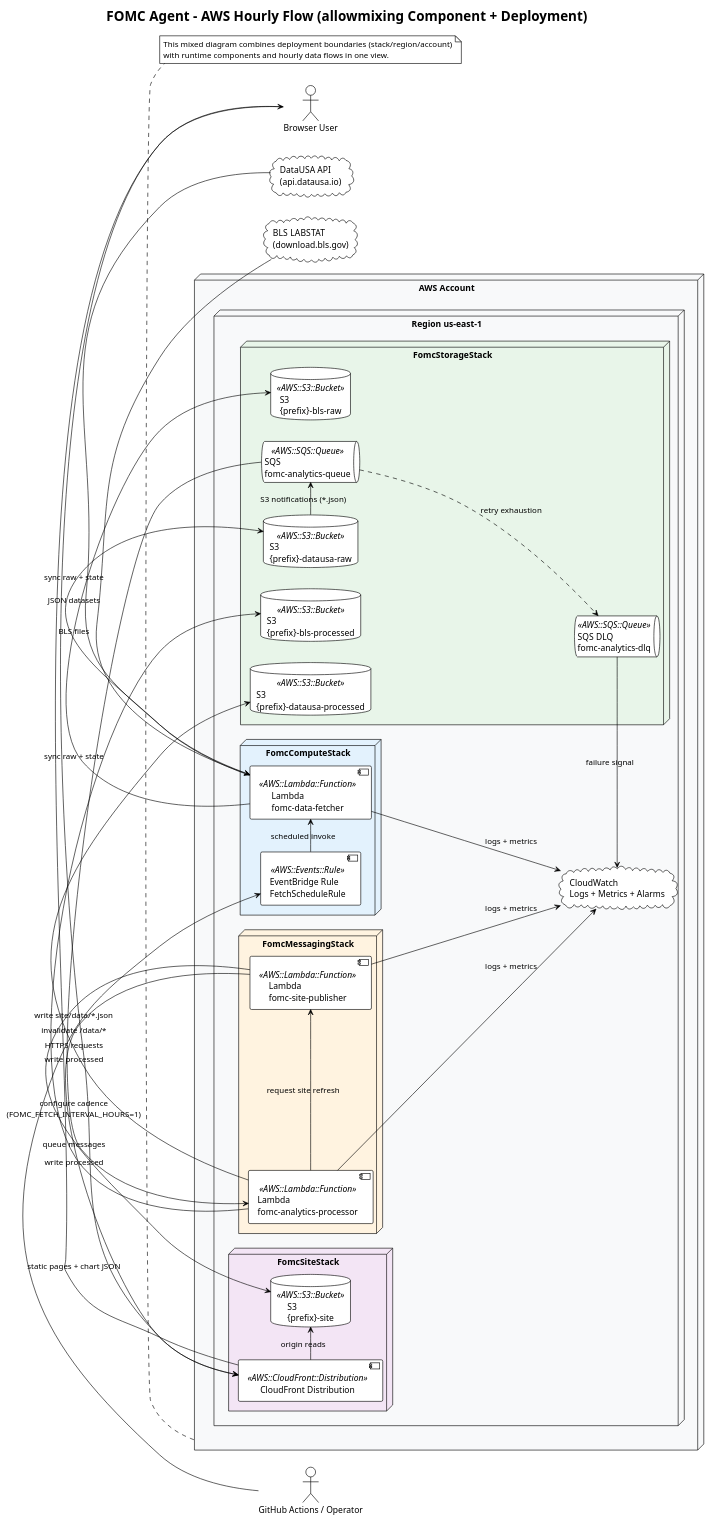
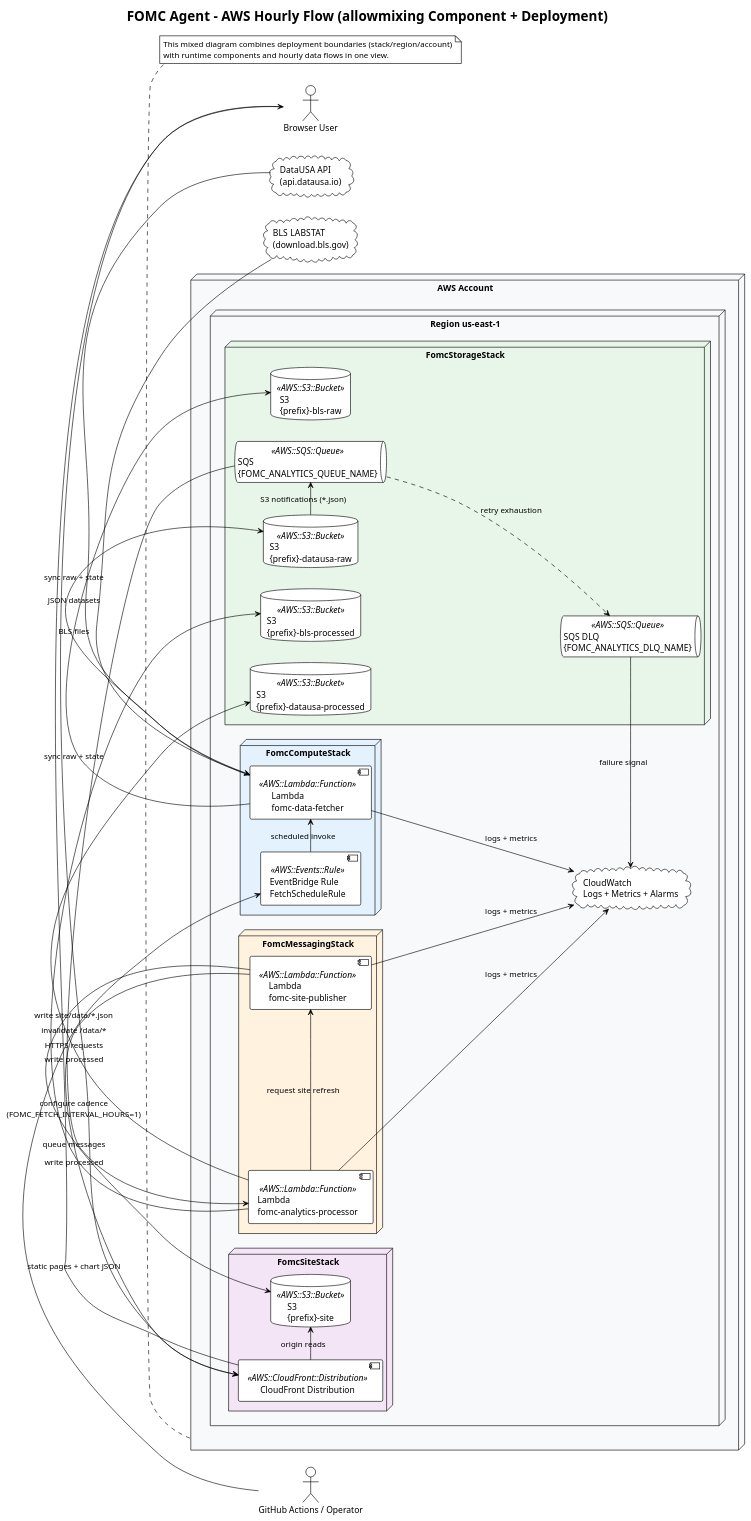
Before and after one commit to TechR10n/fomc-agent: the diagram in site/puml/aws-allowmixing-component-deployment.puml, drawn with PlantUML. The commit also changed 74 other files, not shown here.

```diff
--- a/site/puml/aws-allowmixing-component-deployment.puml
+++ b/site/puml/aws-allowmixing-component-deployment.puml
@@ -1,71 +1,71 @@
 @startuml aws-allowmixing-component-deployment
 !theme plain
 allowmixing
 left to right direction
 skinparam shadowing false
 
 title FOMC Agent - AWS Hourly Flow (allowmixing Component + Deployment)
 
 actor "GitHub Actions / Operator" as operator
 actor "Browser User" as user
 cloud "BLS LABSTAT\n(download.bls.gov)" as bls
 cloud "DataUSA API\n(api.datausa.io)" as datausa
 
 node "AWS Account" as account #F8F9FA {
   node "Region us-east-1" as region #F8F9FA {
     node "FomcComputeStack" as compute #E3F2FD {
       component "EventBridge Rule\nFetchScheduleRule" as eb <<AWS::Events::Rule>>
       component "Lambda\nfomc-data-fetcher" as fetcher <<AWS::Lambda::Function>>
     }
 
     node "FomcStorageStack" as storage #E8F5E9 {
       database "S3\n{prefix}-bls-raw" as bls_raw <<AWS::S3::Bucket>>
       database "S3\n{prefix}-datausa-raw" as datausa_raw <<AWS::S3::Bucket>>
       database "S3\n{prefix}-bls-processed" as bls_processed <<AWS::S3::Bucket>>
       database "S3\n{prefix}-datausa-processed" as datausa_processed <<AWS::S3::Bucket>>
-      queue "SQS\nfomc-analytics-queue" as q <<AWS::SQS::Queue>>
-      queue "SQS DLQ\nfomc-analytics-dlq" as dlq <<AWS::SQS::Queue>>
+      queue "SQS\n{FOMC_ANALYTICS_QUEUE_NAME}" as q <<AWS::SQS::Queue>>
+      queue "SQS DLQ\n{FOMC_ANALYTICS_DLQ_NAME}" as dlq <<AWS::SQS::Queue>>
     }
 
     node "FomcMessagingStack" as messaging #FFF3E0 {
       component "Lambda\nfomc-analytics-processor" as analytics <<AWS::Lambda::Function>>
       component "Lambda\nfomc-site-publisher" as publisher <<AWS::Lambda::Function>>
     }
 
     node "FomcSiteStack" as site #F3E5F5 {
       database "S3\n{prefix}-site" as site_bucket <<AWS::S3::Bucket>>
       component "CloudFront Distribution" as cf <<AWS::CloudFront::Distribution>>
     }
 
     cloud "CloudWatch\nLogs + Metrics + Alarms" as cw
   }
 }
 
 operator -> eb : configure cadence\n(FOMC_FETCH_INTERVAL_HOURS=1)
 eb -> fetcher : scheduled invoke
 bls -> fetcher : BLS files
 datausa -> fetcher : JSON datasets
 fetcher -> bls_raw : sync raw + state
 fetcher -> datausa_raw : sync raw + state
 datausa_raw -> q : S3 notifications (*.json)
 q --> analytics : queue messages
 analytics -> bls_processed : write processed
 analytics -> datausa_processed : write processed
 analytics -> publisher : request site refresh
 publisher -> site_bucket : write site/data/*.json
 publisher -> cf : invalidate /data/*
 q -[dashed]-> dlq : retry exhaustion
 fetcher -> cw : logs + metrics
 analytics -> cw : logs + metrics
 publisher -> cw : logs + metrics
 dlq -> cw : failure signal
 user -> cf : HTTPS requests
 cf -> site_bucket : origin reads
 cf --> user : static pages + chart JSON
 
 note bottom of account
   This mixed diagram combines deployment boundaries (stack/region/account)
   with runtime components and hourly data flows in one view.
 end note
 
 @enduml
```
